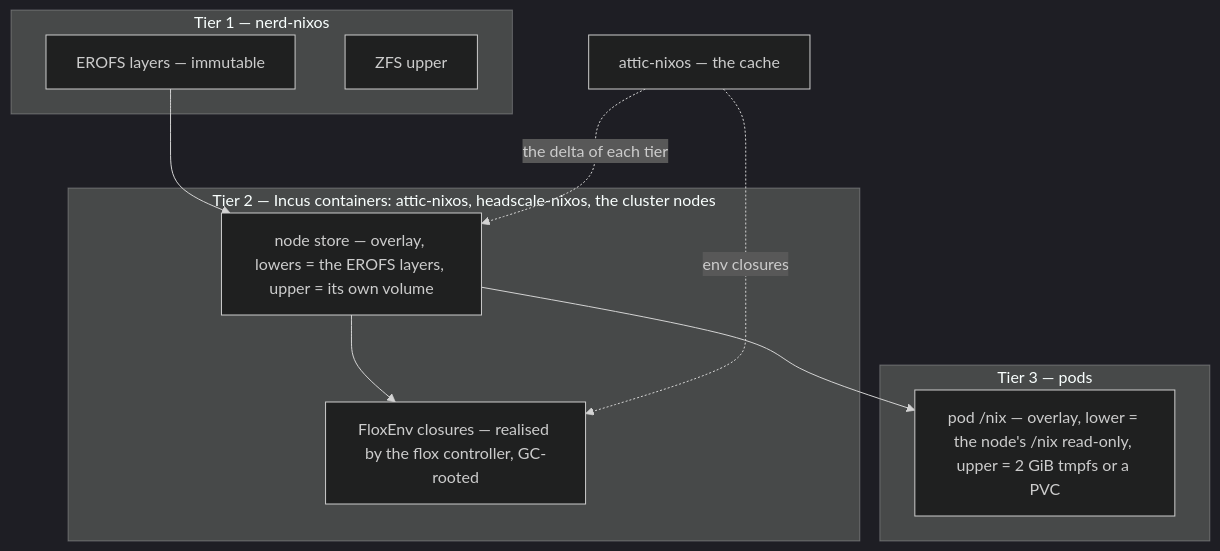
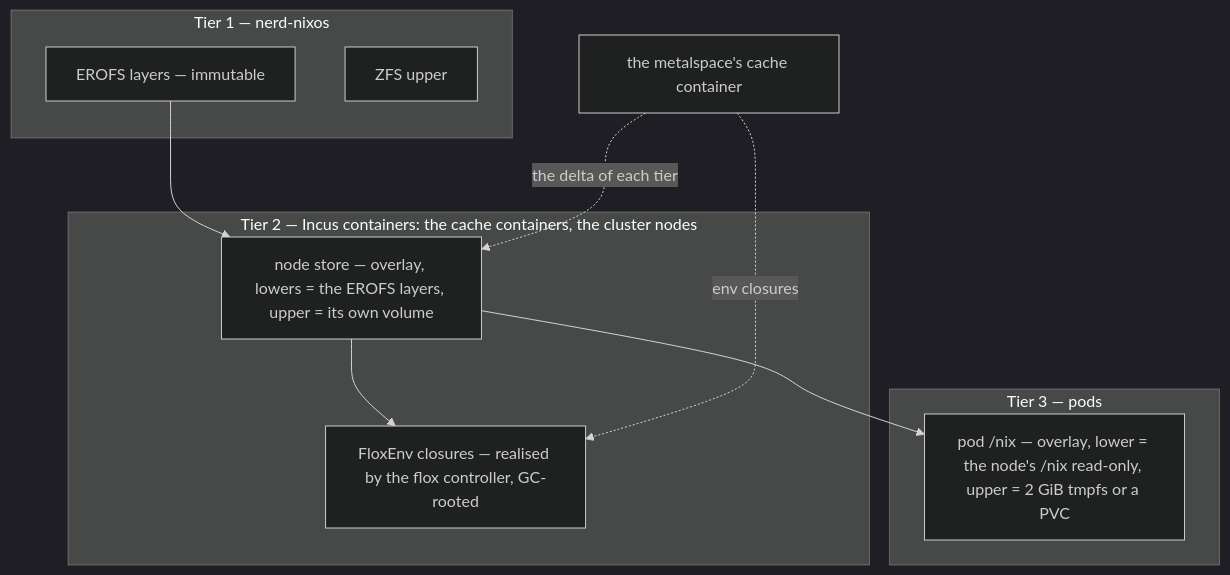
Diagram 12 of 15 in docs/private-binary-cache-spec.adoc (seedmatic/ndh), drawn with Mermaid (dark theme) before and after one commit. The commit also changed other lines of this file, not shown here.

First line of the commit message:
docs(private-cache): the spec states the measured state, figure first, and no history

```diff
--- a/docs/private-binary-cache-spec.adoc
+++ b/docs/private-binary-cache-spec.adoc
@@ -1898,21 +1724,21 @@
 [mermaid]
 ....
 flowchart TB
   subgraph T1["Tier 1 — nerd-nixos"]
     E["EROFS layers — immutable"]
     Z["ZFS upper"]
   end
-  subgraph T2["Tier 2 — Incus containers: attic-nixos, headscale-nixos, the cluster nodes"]
+  subgraph T2["Tier 2 — Incus containers: the cache containers, the cluster nodes"]
     N["node store — overlay, lowers = the EROFS layers, upper = its own volume"]
     F["FloxEnv closures — realised by the flox controller, GC-rooted"]
   end
   subgraph T3["Tier 3 — pods"]
     P["pod /nix — overlay, lower = the node's /nix read-only, upper = 2 GiB tmpfs or a PVC"]
   end
-  A["attic-nixos — the cache"]
+  A["the metalspace's cache container"]
   E --> N
   N --> F
   N --> P
   A -. "the delta of each tier" .-> N
   A -. "env closures" .-> F
 ....
```
